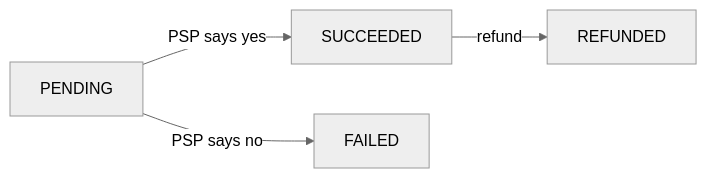
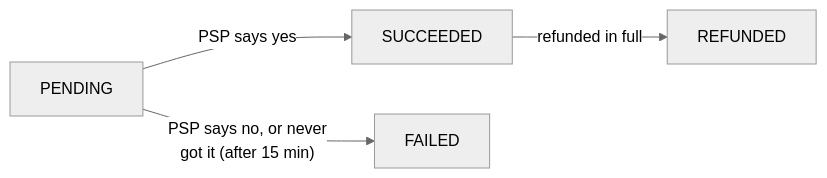
The second of 5 diagrams in content/system-design/questions/payment-system.mdx (iamrs77/interview-ready), drawn with Mermaid (neutral theme) before and after one commit. The commit also changed other lines of this file and 132 other files, not shown here.

````diff
--- a/content/system-design/questions/payment-system.mdx
+++ b/content/system-design/questions/payment-system.mdx
@@ -132,6 +132,6 @@
 ```mermaid
 flowchart LR
   P["PENDING"] -->|"PSP says yes"| S["SUCCEEDED"]
-  P -->|"PSP says no"| F["FAILED"]
-  S -->|"refund"| R["REFUNDED"]
+  P -->|"PSP says no, or never<br/>got it (after 15 min)"| F["FAILED"]
+  S -->|"refunded in full"| R["REFUNDED"]
 ```
````
